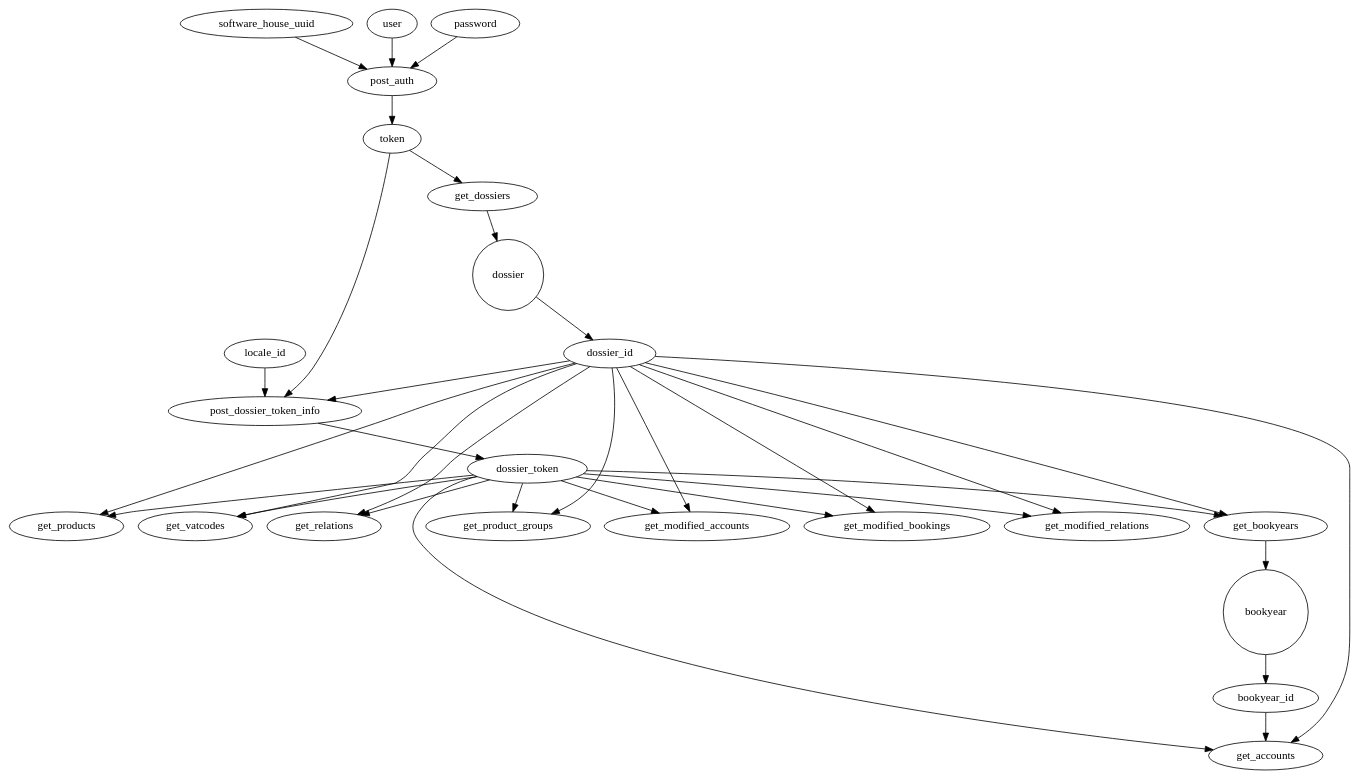
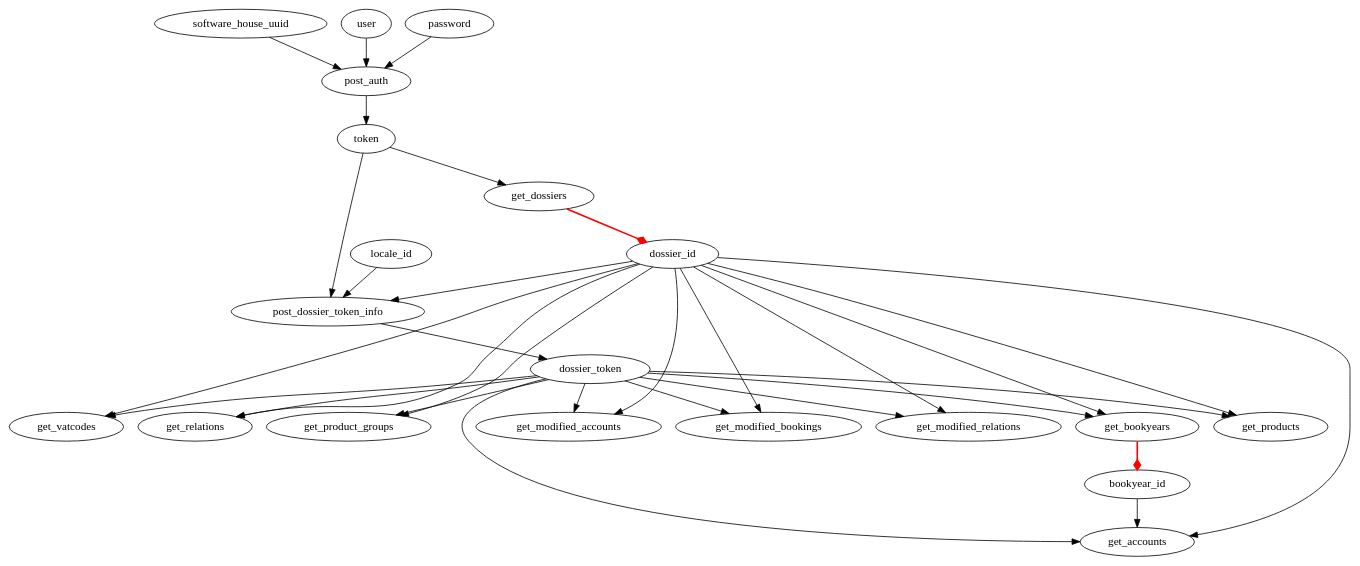
Before and after one commit to ArneDePeuter/deppy: the diagram in examples/octopus.dot, drawn with Graphviz. The commit also changed 1 other file, not shown here.

```diff
--- a/examples/octopus.dot
+++ b/examples/octopus.dot
@@ -1,56 +1,52 @@
 digraph {
 software_house_uuid;
 user;
 password;
 locale_id;
 post_auth;
 token;
 get_dossiers;
 dossier_id;
 post_dossier_token_info;
 dossier_token;
 get_bookyears;
 bookyear_id;
 get_accounts;
 get_products;
 get_vatcodes;
 get_relations;
 get_product_groups;
 get_modified_accounts;
 get_modified_bookings;
 get_modified_relations;
-"get_dossiers->dossier_id" [shape=circle, label=dossier];
-"get_bookyears->bookyear_id" [shape=circle, label=bookyear];
 software_house_uuid -> post_auth [key="software_house_uuid", loop=False];
 user -> post_auth [key=user, loop=False];
 password -> post_auth [key=password, loop=False];
 locale_id -> post_dossier_token_info [key="locale_id", loop=False];
 post_auth -> token [key=data, loop=False];
 token -> get_dossiers [key=token, loop=False];
 token -> post_dossier_token_info [key=token, loop=False];
-get_dossiers -> "get_dossiers->dossier_id" [key=dossier];
+get_dossiers -> dossier_id [key=dossier, loop=True, color=red, style=bold, penwidth=2, arrowhead=diamond];
 dossier_id -> post_dossier_token_info [key="dossier_id", loop=False];
 dossier_id -> get_bookyears [key="dossier_id", loop=False];
 dossier_id -> get_accounts [key="dossier_id", loop=False];
 dossier_id -> get_products [key="dossier_id", loop=False];
 dossier_id -> get_vatcodes [key="dossier_id", loop=False];
 dossier_id -> get_relations [key="dossier_id", loop=False];
 dossier_id -> get_product_groups [key="dossier_id", loop=False];
 dossier_id -> get_modified_accounts [key="dossier_id", loop=False];
 dossier_id -> get_modified_bookings [key="dossier_id", loop=False];
 dossier_id -> get_modified_relations [key="dossier_id", loop=False];
 post_dossier_token_info -> dossier_token [key=data, loop=False];
 dossier_token -> get_bookyears [key="dossier_token", loop=False];
 dossier_token -> get_accounts [key="dossier_token", loop=False];
 dossier_token -> get_products [key="dossier_token", loop=False];
 dossier_token -> get_vatcodes [key="dossier_token", loop=False];
 dossier_token -> get_relations [key="dossier_token", loop=False];
 dossier_token -> get_product_groups [key="dossier_token", loop=False];
 dossier_token -> get_modified_accounts [key="dossier_token", loop=False];
 dossier_token -> get_modified_bookings [key="dossier_token", loop=False];
 dossier_token -> get_modified_relations [key="dossier_token", loop=False];
-get_bookyears -> "get_bookyears->bookyear_id" [key=bookyear];
+get_bookyears -> bookyear_id [key=bookyear, loop=True, color=red, style=bold, penwidth=2, arrowhead=diamond];
 bookyear_id -> get_accounts [key="bookyear_id", loop=False];
-"get_dossiers->dossier_id" -> dossier_id [key=dossier];
-"get_bookyears->bookyear_id" -> bookyear_id [key=bookyear];
 }
```
